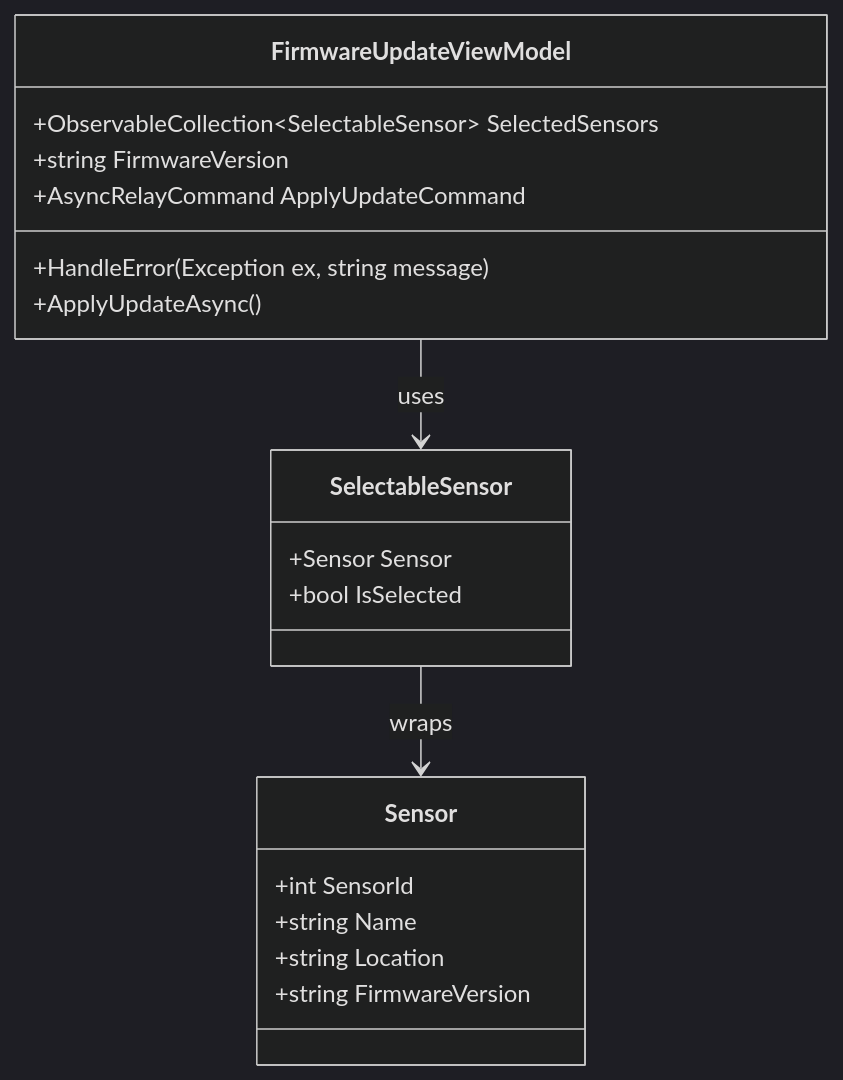
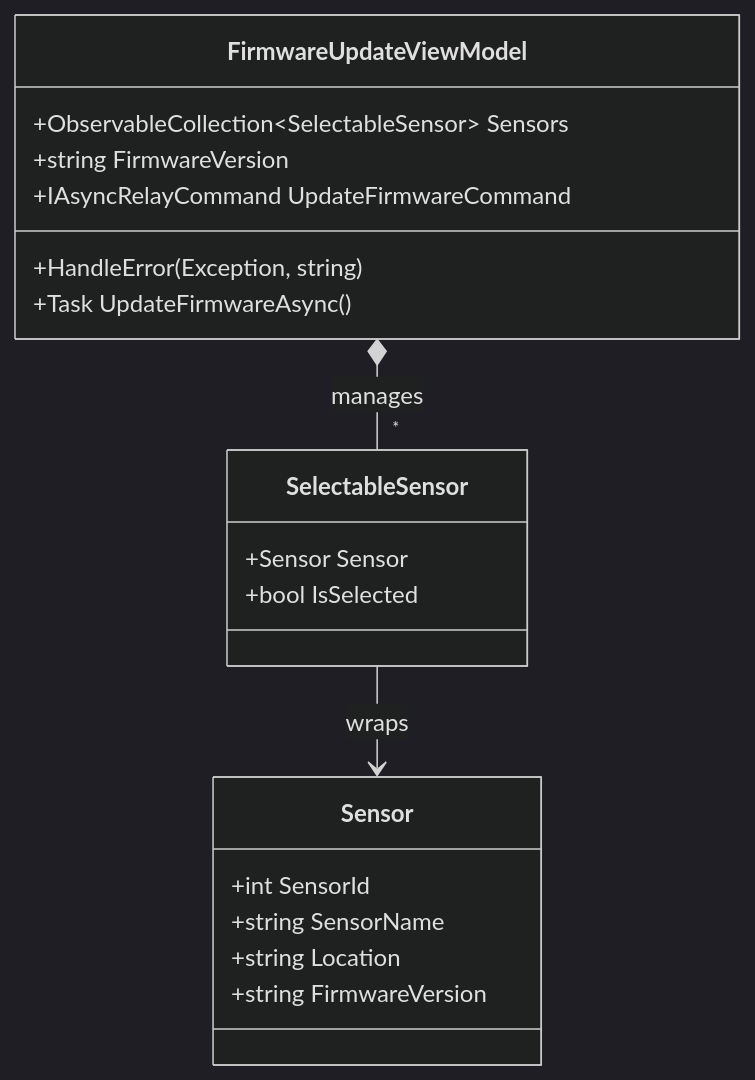
The diagram in docs/source/FirmwareAndConfig.mmd (40626785/Environment-Manager), drawn with Mermaid (dark theme) before and after one commit.

Commit message:
Update FirmwareAndConfig.mmd
updated diagram

```diff
--- a/docs/source/FirmwareAndConfig.mmd
+++ b/docs/source/FirmwareAndConfig.mmd
@@ -1,23 +1,20 @@
 classDiagram
     class FirmwareUpdateViewModel {
-        +ObservableCollection~SelectableSensor~ SelectedSensors
-        +string FirmwareVersion
-        +AsyncRelayCommand ApplyUpdateCommand
-        +HandleError(Exception ex, string message)
-        +ApplyUpdateAsync()
+      +ObservableCollection~SelectableSensor~ Sensors
+      +string FirmwareVersion
+      +IAsyncRelayCommand UpdateFirmwareCommand
+      +HandleError(Exception, string)
+      +Task UpdateFirmwareAsync()
     }
-
     class SelectableSensor {
-        +Sensor Sensor
-        +bool IsSelected
+      +Sensor Sensor
+      +bool IsSelected
     }
-
     class Sensor {
-        +int SensorId
-        +string Name
-        +string Location
-        +string FirmwareVersion
+      +int SensorId
+      +string SensorName
+      +string Location
+      +string FirmwareVersion
     }
-
-    FirmwareUpdateViewModel --> SelectableSensor : uses
+    FirmwareUpdateViewModel *-- "*" SelectableSensor : manages
     SelectableSensor --> Sensor : wraps
```
